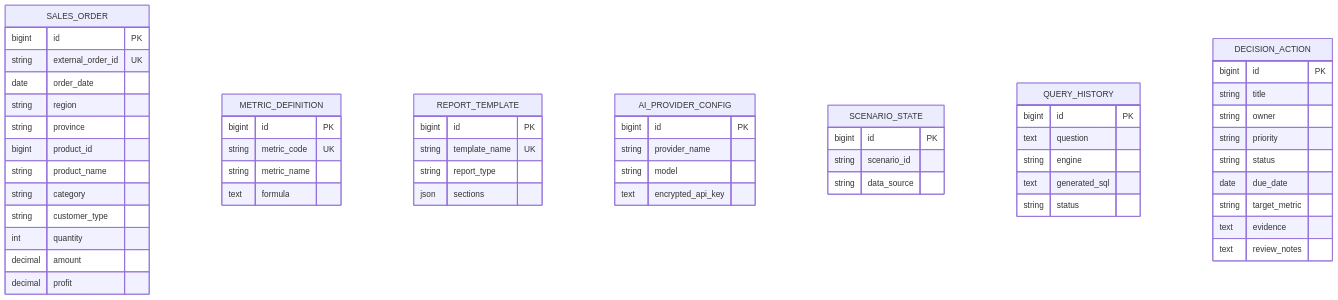
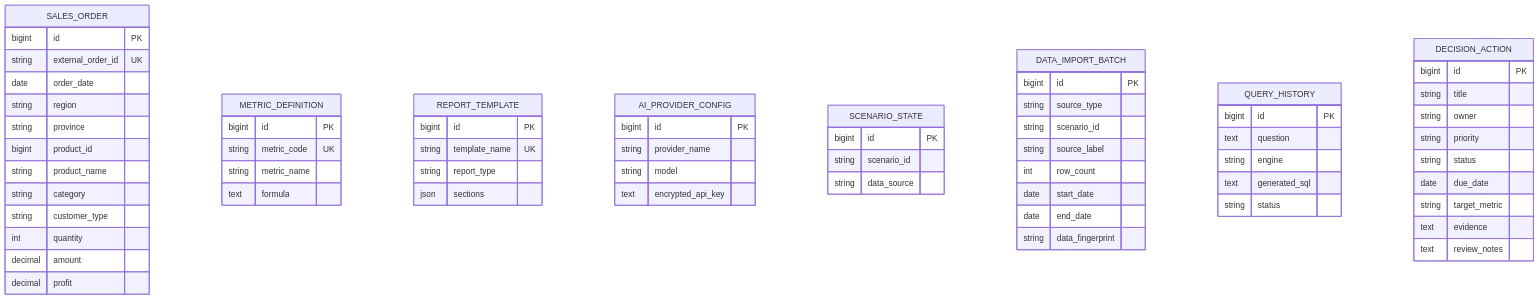
The diagram in 文档/数据库与数据字典.md (Egosist-yeqi/smart-bi-insight-report-platform), drawn with Mermaid before and after one commit. The commit also changed other lines of this file and 12 other files, not shown here.

Commit message:
feat: add data batch lineage

````diff
--- a/文档/数据库与数据字典.md
+++ b/文档/数据库与数据字典.md
@@ -7,58 +7,68 @@
 ```mermaid
 erDiagram
     SALES_ORDER {
         bigint id PK
         string external_order_id UK
         date order_date
         string region
         string province
         bigint product_id
         string product_name
         string category
         string customer_type
         int quantity
         decimal amount
         decimal profit
     }
     METRIC_DEFINITION {
         bigint id PK
         string metric_code UK
         string metric_name
         text formula
     }
     REPORT_TEMPLATE {
         bigint id PK
         string template_name UK
         string report_type
         json sections
     }
     AI_PROVIDER_CONFIG {
         bigint id PK
         string provider_name
         string model
         text encrypted_api_key
     }
     SCENARIO_STATE {
         bigint id PK
         string scenario_id
         string data_source
     }
+    DATA_IMPORT_BATCH {
+        bigint id PK
+        string source_type
+        string scenario_id
+        string source_label
+        int row_count
+        date start_date
+        date end_date
+        string data_fingerprint
+    }
     QUERY_HISTORY {
         bigint id PK
         text question
         string engine
         text generated_sql
         string status
     }
     DECISION_ACTION {
         bigint id PK
         string title
         string owner
         string priority
         string status
         date due_date
         string target_metric
         text evidence
         text review_notes
     }
 ```
````
